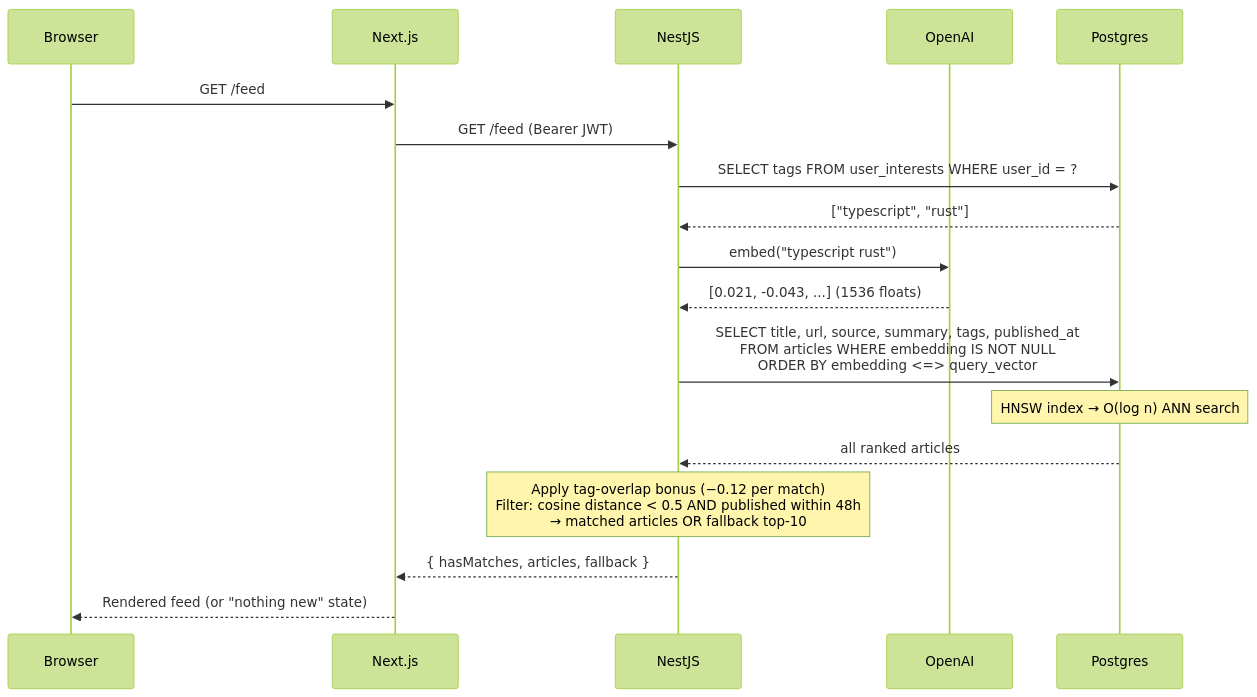
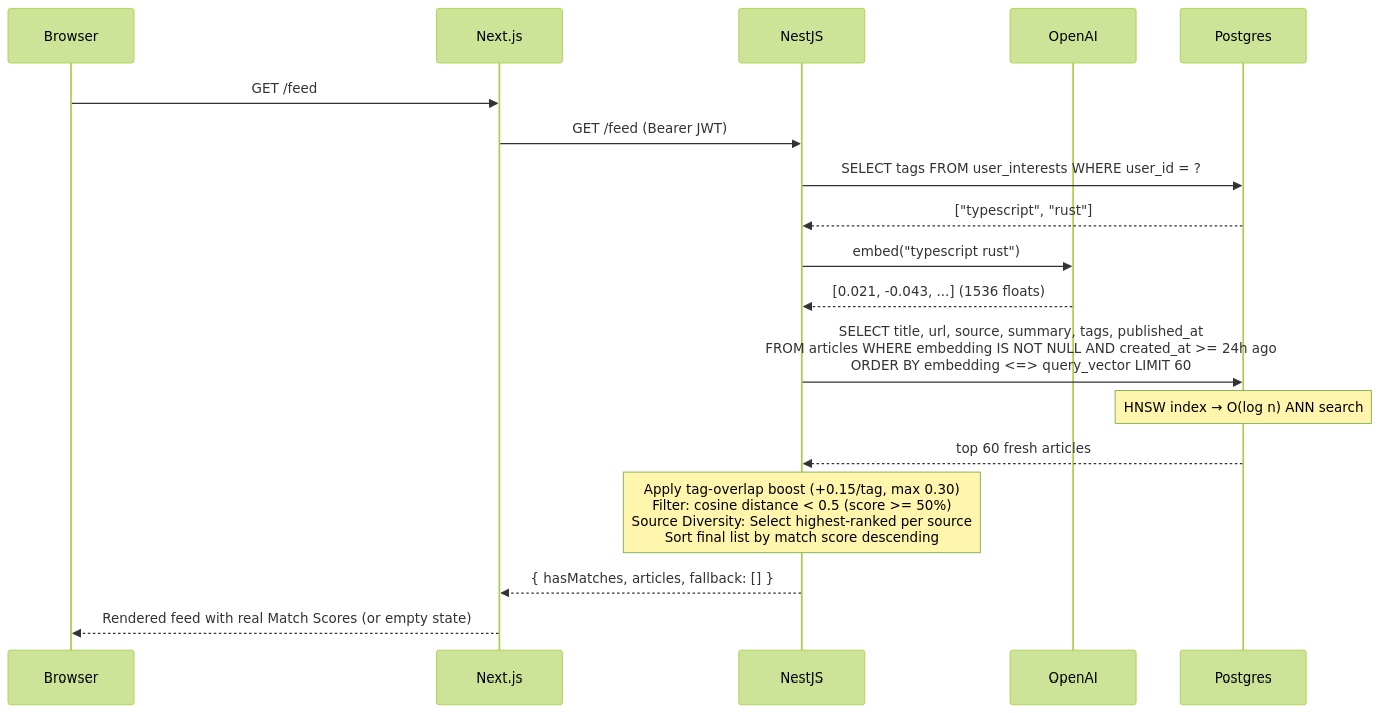
Before and after one commit to johnvesslyalti/inferr: the third of 4 diagrams in README.md, drawn with Mermaid (forest theme). The commit also changed other lines of this file, not shown here.

Commit message:
docs: update Ingestion Pipeline and Feed Flow sequence diagrams

````diff
--- a/README.md
+++ b/README.md
@@ -242,21 +243,21 @@
 ```mermaid
 sequenceDiagram
     participant Browser
     participant Next.js
     participant NestJS
     participant OpenAI
     participant Postgres
 
     Browser->>Next.js: GET /feed
     Next.js->>NestJS: GET /feed (Bearer JWT)
     NestJS->>Postgres: SELECT tags FROM user_interests WHERE user_id = ?
     Postgres-->>NestJS: ["typescript", "rust"]
     NestJS->>OpenAI: embed("typescript rust")
     OpenAI-->>NestJS: [0.021, -0.043, ...] (1536 floats)
-    NestJS->>Postgres: SELECT title, url, source, summary, tags, published_at<br/>FROM articles WHERE embedding IS NOT NULL<br/>ORDER BY embedding <=> query_vector
+    NestJS->>Postgres: SELECT title, url, source, summary, tags, published_at<br/>FROM articles WHERE embedding IS NOT NULL AND created_at >= 24h ago<br/>ORDER BY embedding <=> query_vector LIMIT 60
     Note over Postgres: HNSW index → O(log n) ANN search
-    Postgres-->>NestJS: all ranked articles
-    Note over NestJS: Apply tag-overlap bonus (−0.12 per match)<br/>Filter: cosine distance < 0.5 AND published within 48h<br/>→ matched articles OR fallback top-10
-    NestJS-->>Next.js: { hasMatches, articles, fallback }
-    Next.js-->>Browser: Rendered feed (or "nothing new" state)
+    Postgres-->>NestJS: top 60 fresh articles
+    Note over NestJS: Apply tag-overlap boost (+0.15/tag, max 0.30)<br/>Filter: cosine distance < 0.5 (score >= 50%)<br/>Source Diversity: Select highest-ranked per source<br/>Sort final list by match score descending
+    NestJS-->>Next.js: { hasMatches, articles, fallback: [] }
+    Next.js-->>Browser: Rendered feed with real Match Scores (or empty state)
 ```
````
